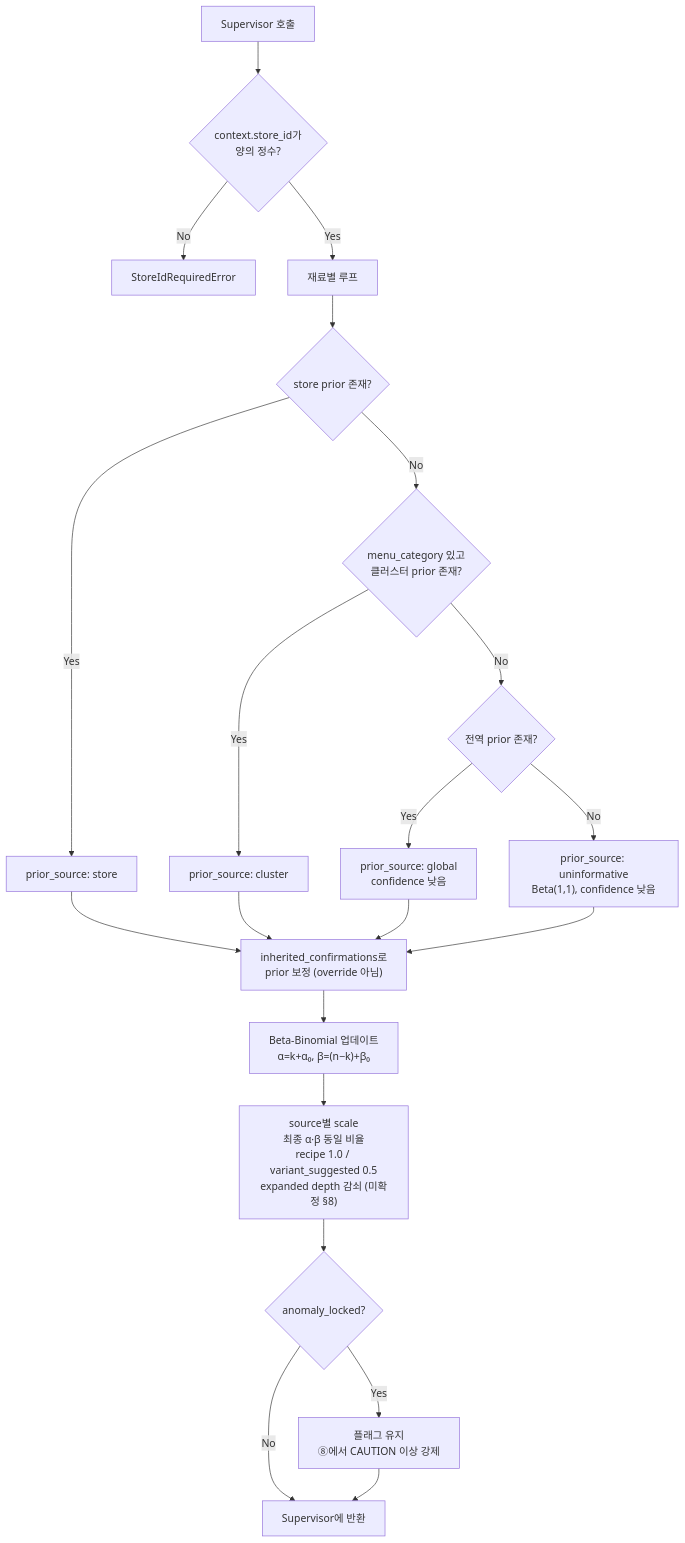
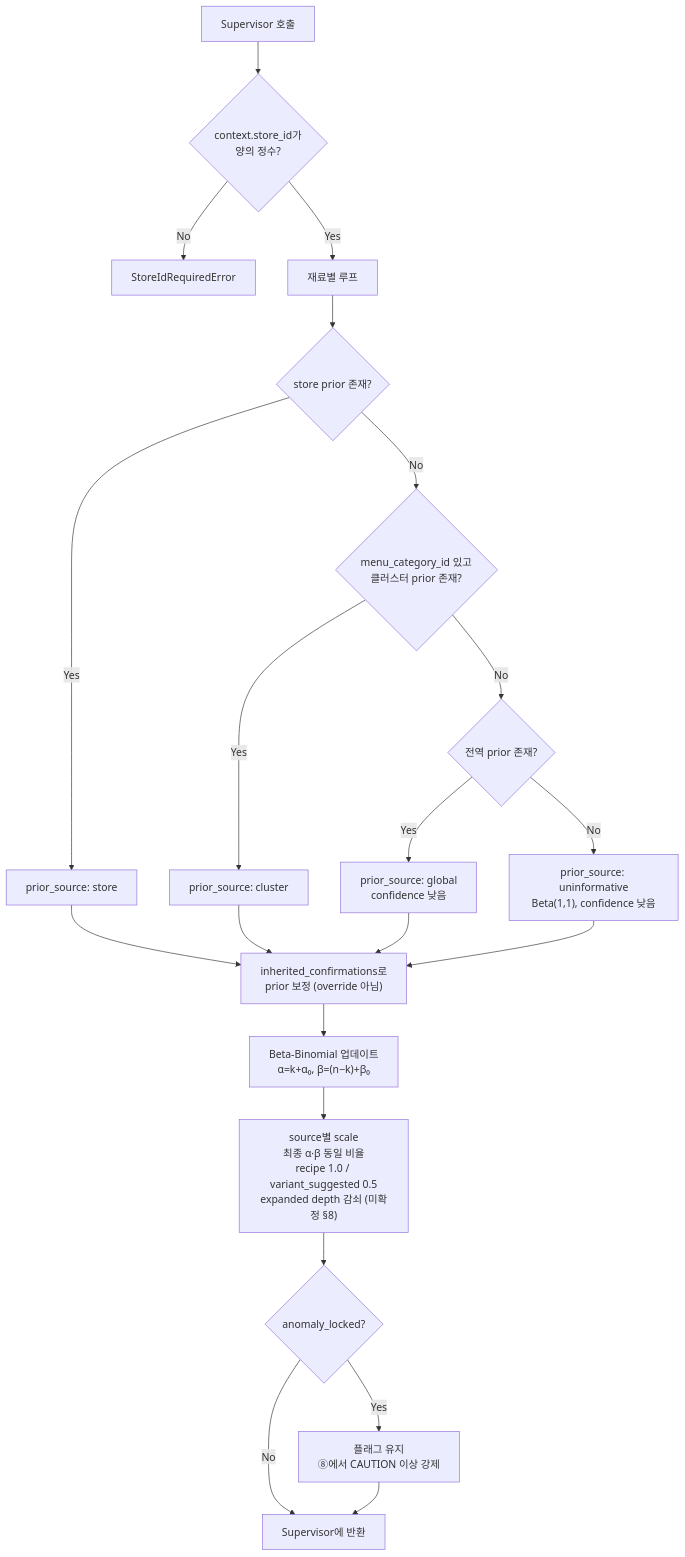
One commit to Han-Spoon/ai changed the diagram in docs/5-tool-Statistics.md. Above: the diagram before and after it, drawn with Mermaid. The commit also changed other lines of this file and 2 other files, not shown here.

Commit message:
docs: align agent 4, 5, 7 with db schema

````diff
--- a/docs/5-tool-Statistics.md
+++ b/docs/5-tool-Statistics.md
@@ -135,25 +143,25 @@
 ```mermaid
 flowchart TD
     S[Supervisor 호출] --> V{"context.store_id가<br/>양의 정수?"}
     V -->|No| ERR[StoreIdRequiredError]
     V -->|Yes| L[재료별 루프]
 
     L --> P{store prior 존재?}
     P -->|Yes| SP["prior_source: store"]
-    P -->|No| CL{"menu_category 있고<br/>클러스터 prior 존재?"}
+    P -->|No| CL{"menu_category_id 있고<br/>클러스터 prior 존재?"}
     CL -->|Yes| CP["prior_source: cluster"]
     CL -->|No| G{"전역 prior 존재?"}
     G -->|Yes| GP["prior_source: global<br/>confidence 낮음"]
     G -->|No| UP["prior_source: uninformative<br/>Beta(1,1), confidence 낮음"]
 
     SP --> INH["inherited_confirmations로<br/>prior 보정 (override 아님)"]
     CP --> INH
     GP --> INH
     UP --> INH
     INH --> BB["Beta-Binomial 업데이트<br/>α=k+α₀, β=(n−k)+β₀"]
     BB --> SRC["source별 scale<br/>최종 α·β 동일 비율<br/>recipe 1.0 / variant_suggested 0.5<br/>expanded depth 감쇠 (미확정 §8)"]
     SRC --> LOCK{"anomaly_locked?"}
     LOCK -->|Yes| MARK["플래그 유지<br/>⑧에서 CAUTION 이상 강제"]
     LOCK -->|No| OUT[Supervisor에 반환]
     MARK --> OUT
 ```
````
